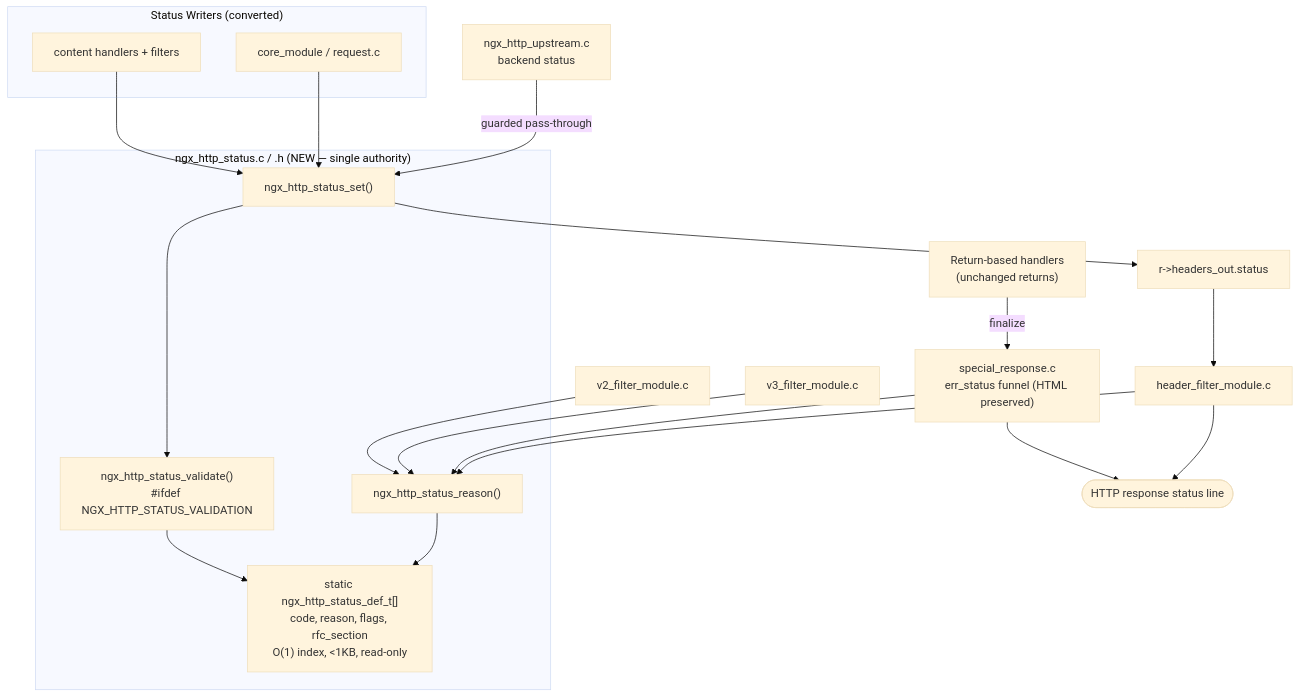
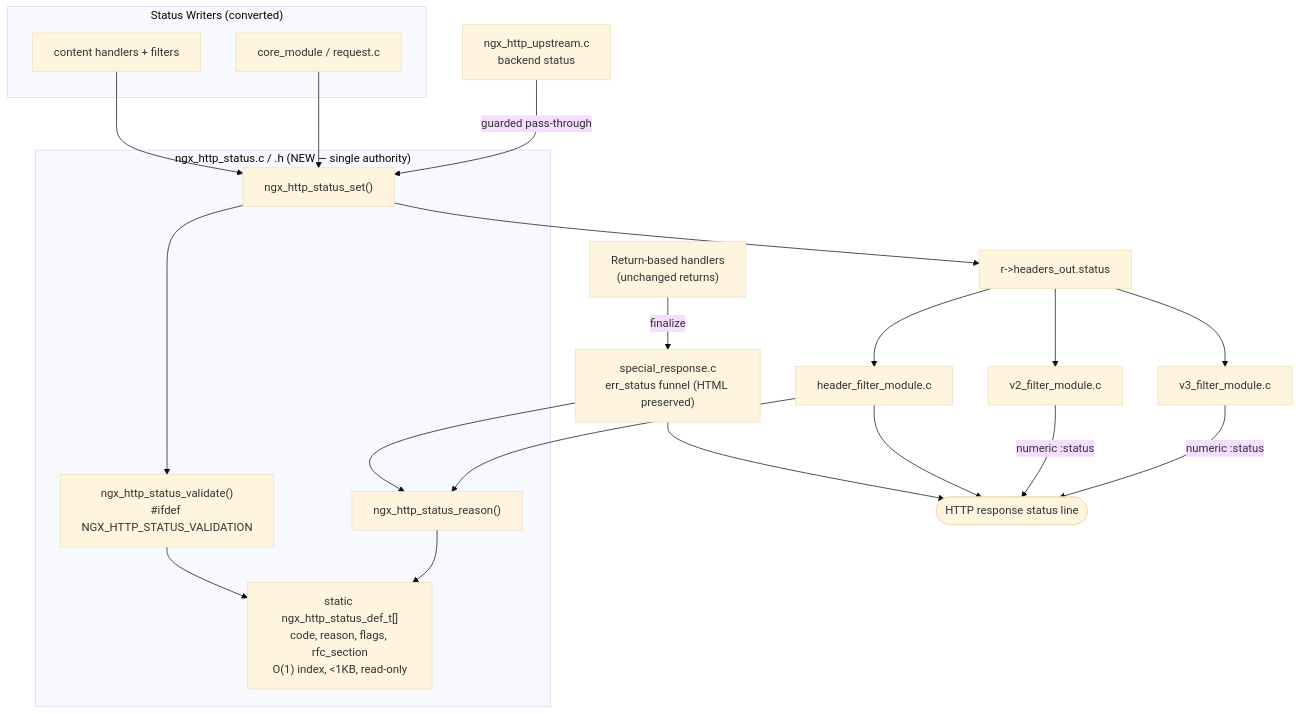
Before and after one commit to Blitzy-Sandbox/blitzy-nginx: the second of 2 diagrams in docs/migration/status_code_api.md, drawn with Mermaid (base theme). The commit also changed other lines of this file and 11 other files, not shown here.

````diff
--- a/docs/migration/status_code_api.md
+++ b/docs/migration/status_code_api.md
@@ -192,36 +194,38 @@
 ```mermaid
 graph TD
     subgraph Writers["Status Writers (converted)"]
         M1["content handlers + filters"]
         M3["core_module / request.c"]
     end
     RET["Return-based handlers<br/>(unchanged returns)"]
     UP["ngx_http_upstream.c<br/>backend status"]
     subgraph Registry["ngx_http_status.c / .h (NEW — single authority)"]
         SET["ngx_http_status_set()"]
         VAL["ngx_http_status_validate()<br/>#ifdef NGX_HTTP_STATUS_VALIDATION"]
         REASON["ngx_http_status_reason()"]
         TABLE["static ngx_http_status_def_t[]<br/>code, reason, flags, rfc_section<br/>O(1) index, <1KB, read-only"]
     end
     FIELD["r->headers_out.status"]
     ERR["special_response.c<br/>err_status funnel (HTML preserved)"]
     HF["header_filter_module.c"]
     V2["v2_filter_module.c"]
     V3["v3_filter_module.c"]
     WIRE(["HTTP response status line"])
     M1 --> SET
     M3 --> SET
     RET -->|"finalize"| ERR
     UP -->|"guarded pass-through"| SET
     SET --> VAL
     VAL --> TABLE
     SET --> FIELD
     ERR --> REASON
     HF --> REASON
-    V2 --> REASON
-    V3 --> REASON
     REASON --> TABLE
     FIELD --> HF
+    FIELD --> V2
+    FIELD --> V3
     HF --> WIRE
     ERR --> WIRE
+    V2 -->|"numeric :status"| WIRE
+    V3 -->|"numeric :status"| WIRE
 ```
````
